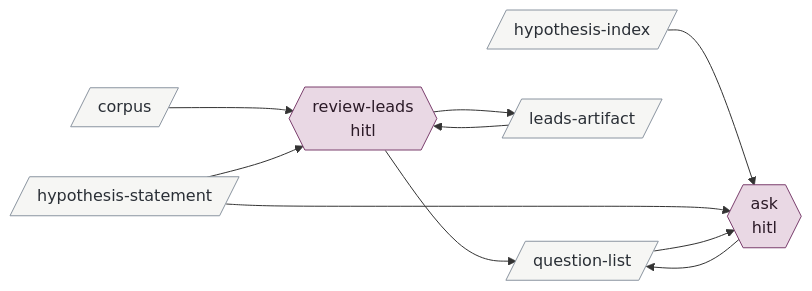
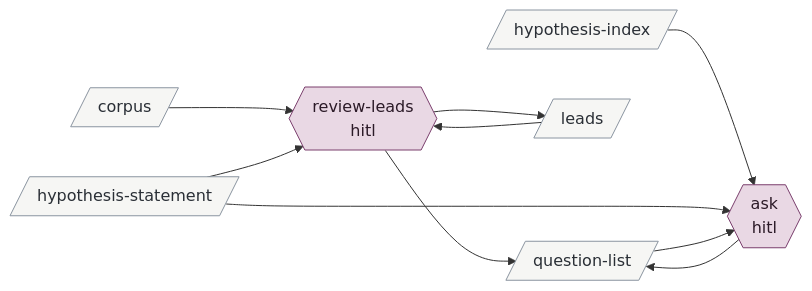
Before and after one commit to bc414/StoryPlanner: the tenth of 15 diagrams in .claude/skills/v3-buildout-2/map.md, drawn with Mermaid. The commit also changed other lines of this file and 40 other files, not shown here.

````diff
--- a/.claude/skills/v3-buildout-2/map.md
+++ b/.claude/skills/v3-buildout-2/map.md
@@ -402,26 +417,26 @@
 ```mermaid
 flowchart LR
   classDef hitl fill:#e9d8e4,stroke:#7a3e6d,color:#2b1a27
   classDef session fill:#dce6f0,stroke:#3b5b7c,color:#14202c
   classDef agent fill:#f5e6c8,stroke:#b7791f,color:#3a2a08
   classDef artifact fill:#f6f6f4,stroke:#8a94a0,color:#2a2f36
   classDef activity fill:#dcebdd,stroke:#4b7f52,color:#122816
   classDef terminus fill:#e4e4ea,stroke:#5b5b7a,color:#1c1c2c
   reviewleads{{"review-leads<br/>hitl"}}:::hitl
   ask{{"ask<br/>hitl"}}:::hitl
   corpus[/"corpus"/]:::artifact
   hypothesisindex[/"hypothesis-index"/]:::artifact
   hypothesisstatement[/"hypothesis-statement"/]:::artifact
-  leadsartifact[/"leads-artifact"/]:::artifact
+  leads[/"leads"/]:::artifact
   questionlist[/"question-list"/]:::artifact
 
-  leadsartifact --> reviewleads
+  leads --> reviewleads
   corpus --> reviewleads
   hypothesisstatement --> reviewleads
-  reviewleads --> leadsartifact
+  reviewleads --> leads
   reviewleads --> questionlist
   hypothesisindex --> ask
   hypothesisstatement --> ask
   questionlist --> ask
   ask --> questionlist
 ```
````
